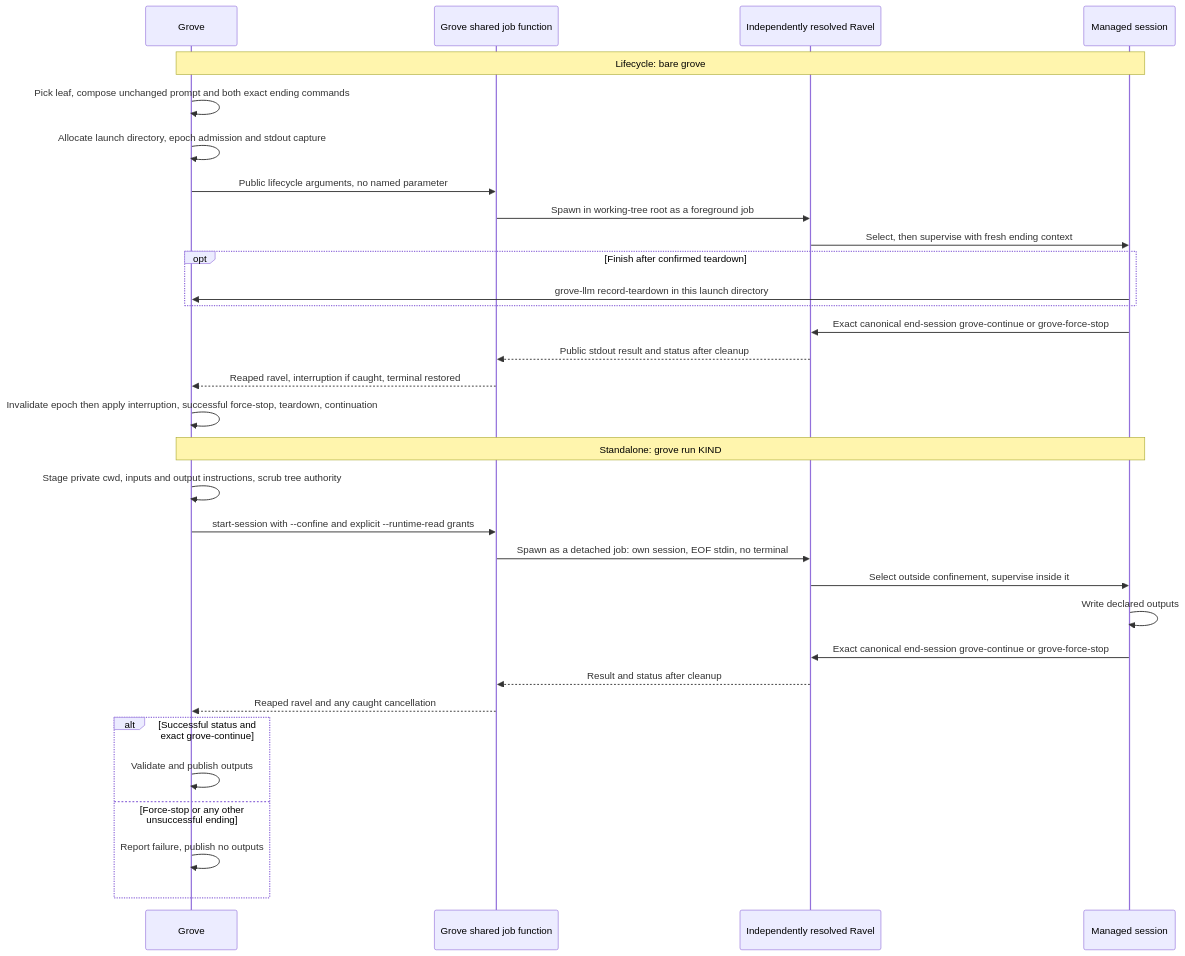
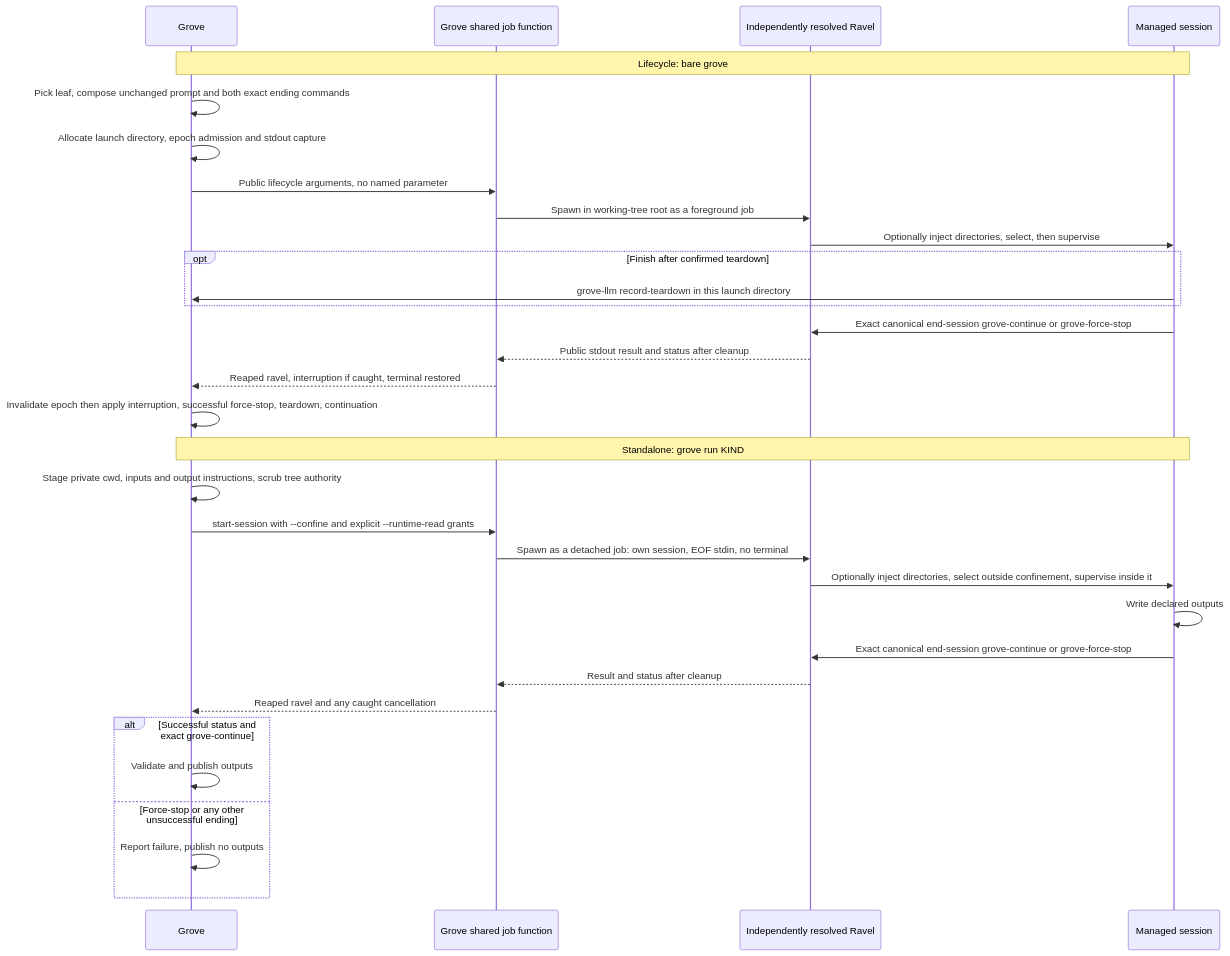
One commit to Linkuistics/grove changed the diagram in docs/design/harness-selection-and-execution/grove-launch.mmd. Above: the diagram before and after it, drawn with Mermaid. The commit also changed 22 other files, not shown here.

```diff
--- a/docs/design/harness-selection-and-execution/grove-launch.mmd
+++ b/docs/design/harness-selection-and-execution/grove-launch.mmd
@@ -1,32 +1,32 @@
 sequenceDiagram
   participant G as Grove
   participant L as Grove shared job function
   participant R as Independently resolved Ravel
   participant H as Managed session
   Note over G,H: Lifecycle: bare grove
   G->>G: Pick leaf, compose unchanged prompt and both exact ending commands
   G->>G: Allocate launch directory, epoch admission and stdout capture
   G->>L: Public lifecycle arguments, no named parameter
   L->>R: Spawn in working-tree root as a foreground job
-  R->>H: Select, then supervise with fresh ending context
+  R->>H: Optionally inject directories, select, then supervise
   opt Finish after confirmed teardown
     H->>G: grove-llm record-teardown in this launch directory
   end
   H->>R: Exact canonical end-session grove-continue or grove-force-stop
   R-->>L: Public stdout result and status after cleanup
   L-->>G: Reaped ravel, interruption if caught, terminal restored
   G->>G: Invalidate epoch then apply interruption, successful force-stop, teardown, continuation
   Note over G,H: Standalone: grove run KIND
   G->>G: Stage private cwd, inputs and output instructions, scrub tree authority
   G->>L: start-session with --confine and explicit --runtime-read grants
   L->>R: Spawn as a detached job: own session, EOF stdin, no terminal
-  R->>H: Select outside confinement, supervise inside it
+  R->>H: Optionally inject directories, select outside confinement, supervise inside it
   H->>H: Write declared outputs
   H->>R: Exact canonical end-session grove-continue or grove-force-stop
   R-->>L: Result and status after cleanup
   L-->>G: Reaped ravel and any caught cancellation
   alt Successful status and exact grove-continue
     G->>G: Validate and publish outputs
   else Force-stop or any other unsuccessful ending
     G->>G: Report failure, publish no outputs
   end
```
